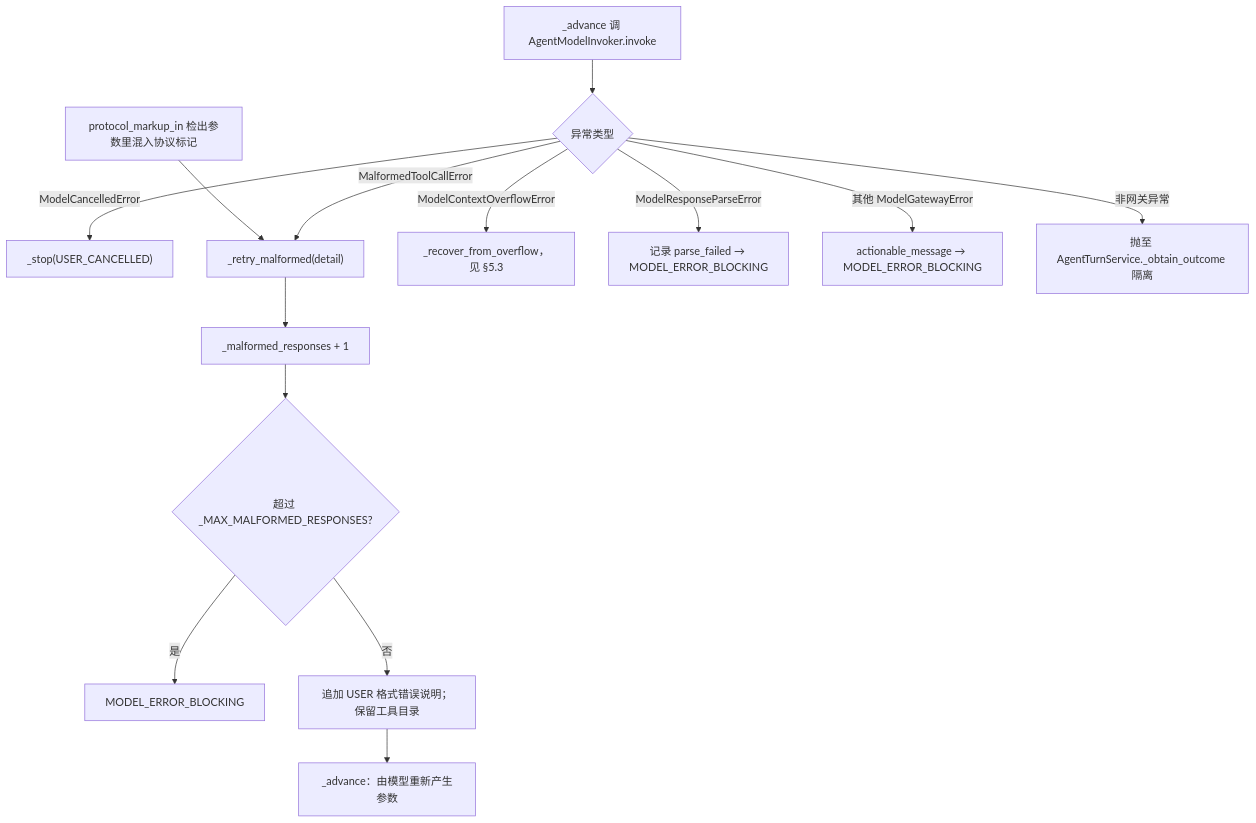
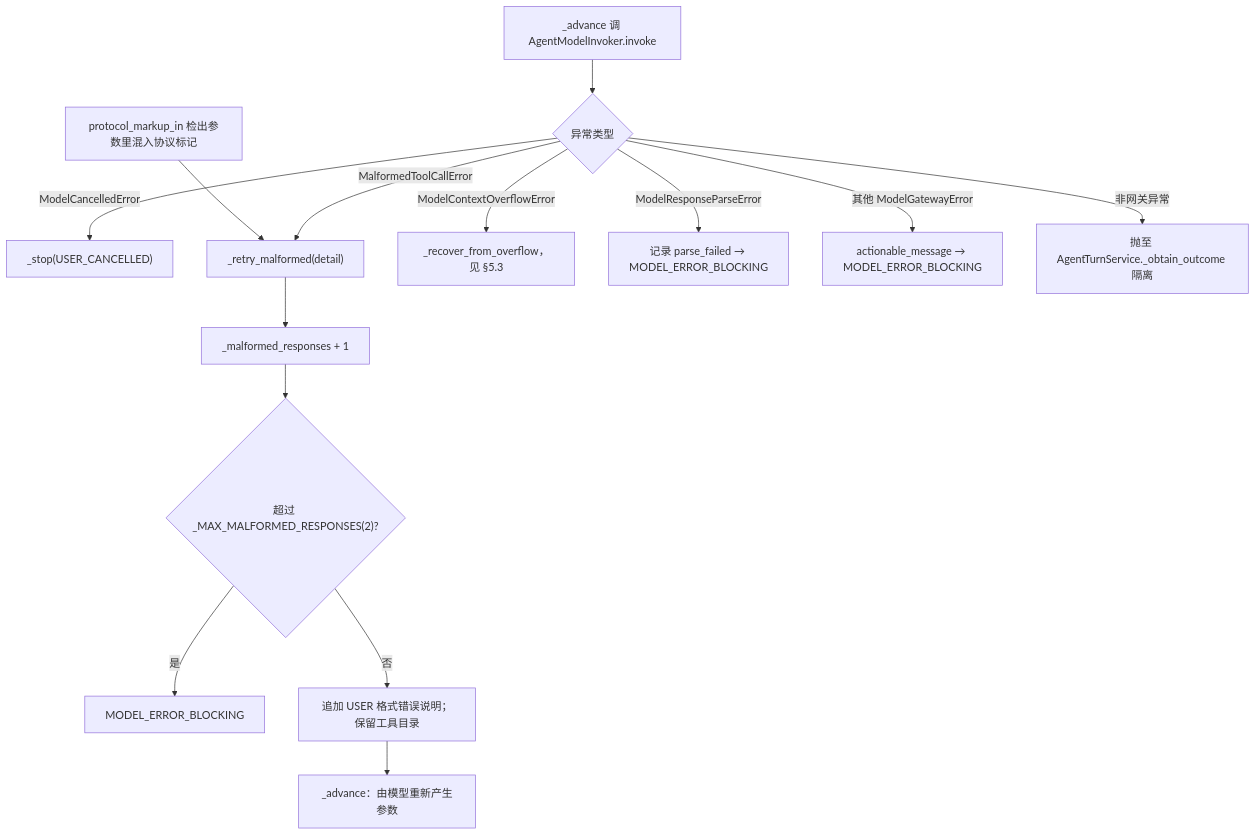
One commit to qubaolai/ForgeCLI changed diagram 13 of 52 in docs/06-code-reading-guide.md. Above: the diagram before and after it, drawn with Mermaid. The commit also changed other lines of this file and 25 other files, not shown here.

````diff
--- a/docs/06-code-reading-guide.md
+++ b/docs/06-code-reading-guide.md
@@ -529,16 +529,16 @@
 ```mermaid
 flowchart TD
     A["_advance 调 AgentModelInvoker.invoke"] --> B{"异常类型"}
     B -->|ModelCancelledError| C["_stop(USER_CANCELLED)"]
     B -->|MalformedToolCallError| D["_retry_malformed(detail)"]
     B -->|ModelContextOverflowError| E["_recover_from_overflow，见 §5.3"]
     B -->|ModelResponseParseError| F["记录 parse_failed → MODEL_ERROR_BLOCKING"]
     B -->|其他 ModelGatewayError| G["actionable_message → MODEL_ERROR_BLOCKING"]
     B -->|非网关异常| H["抛至 AgentTurnService._obtain_outcome 隔离"]
     I["protocol_markup_in 检出参数里混入协议标记"] --> D
     D --> J["_malformed_responses + 1"]
-    J --> K{"超过 _MAX_MALFORMED_RESPONSES?"}
+    J --> K{"超过 _MAX_MALFORMED_RESPONSES(2)?"}
     K -->|是| L["MODEL_ERROR_BLOCKING"]
     K -->|否| M["追加 USER 格式错误说明；保留工具目录"]
     M --> N["_advance：由模型重新产生参数"]
 ```
````
